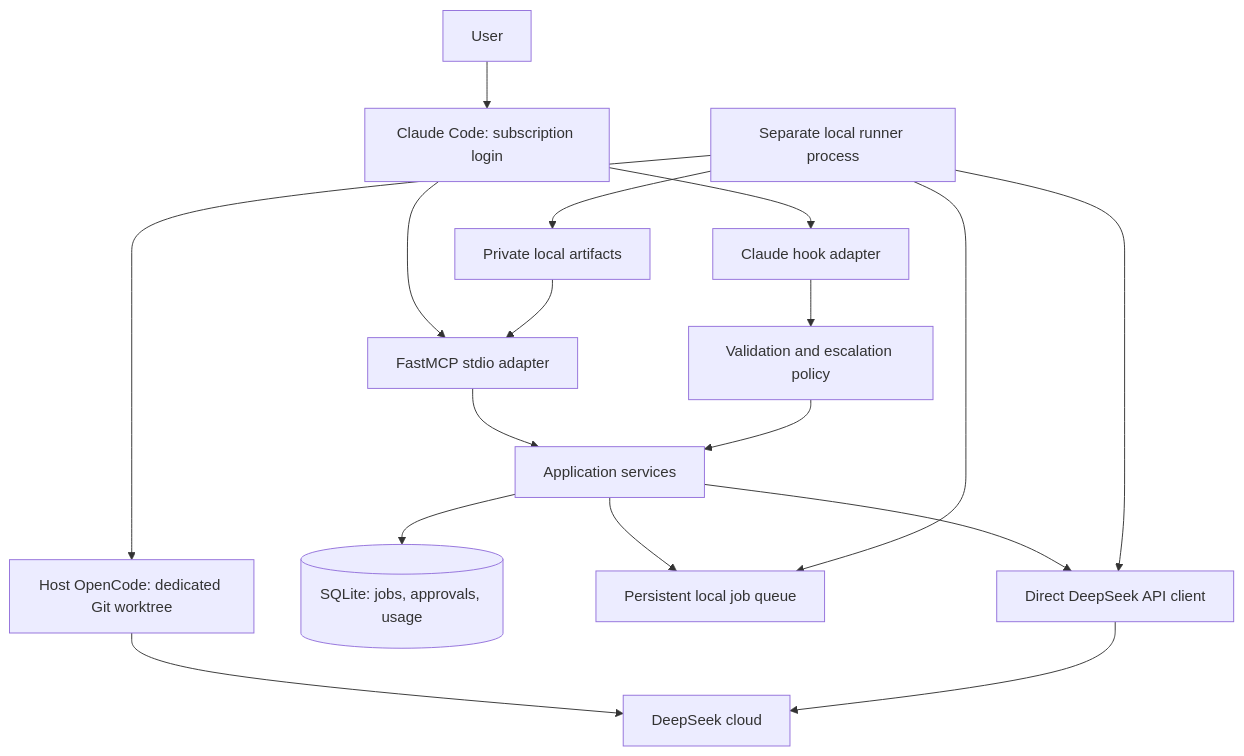
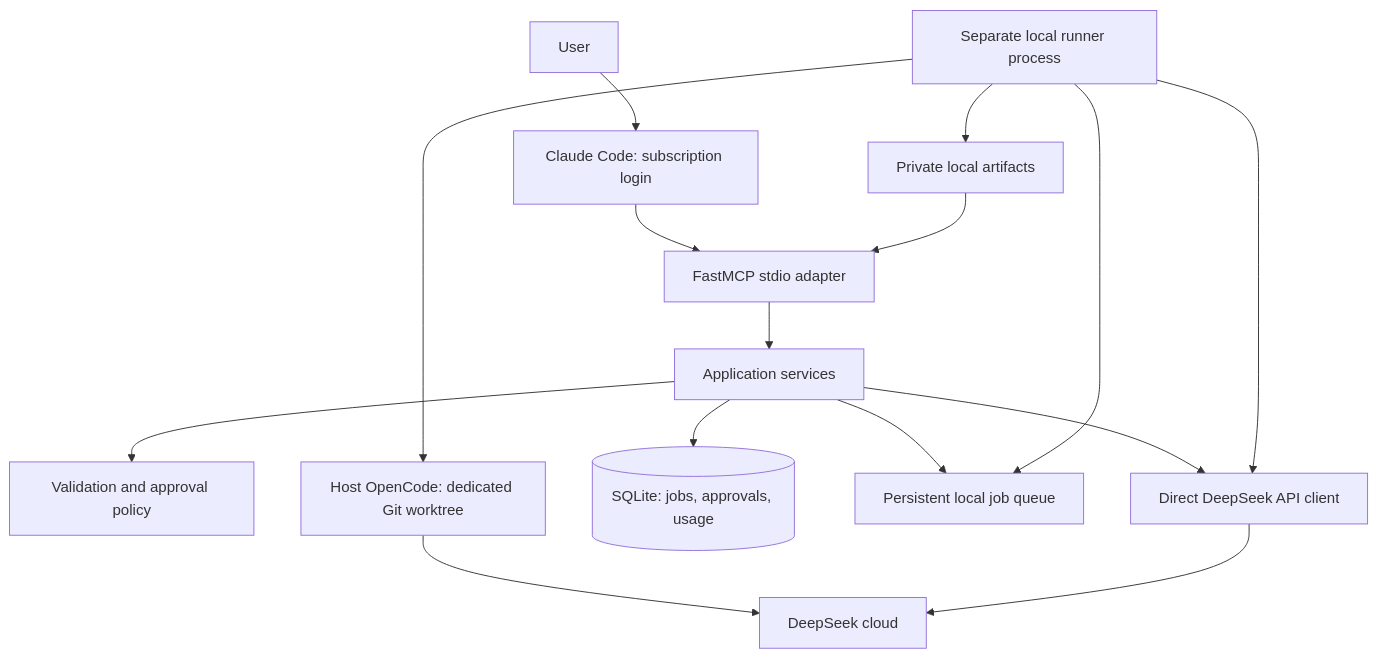
The diagram in docs/architecture.md (bfarkas/deepseek-bridge), drawn with Mermaid before and after one commit. The commit also changed other lines of this file and 38 other files, not shown here.

````diff
--- a/docs/architecture.md
+++ b/docs/architecture.md
@@ -15,19 +15,17 @@
 ```mermaid
 flowchart TD
     User[User] --> Claude[Claude Code: subscription login]
     Claude --> MCP[FastMCP stdio adapter]
-    Claude --> Hook[Claude hook adapter]
-    Hook --> Policy[Validation and escalation policy]
     MCP --> Core[Application services]
-    Policy --> Core
+    Core --> Policy[Validation and approval policy]
     Core --> API[Direct DeepSeek API client]
     Core --> DB[(SQLite: jobs, approvals, usage)]
     Core --> Queue[Persistent local job queue]
     Runner[Separate local runner process] --> Queue
     Runner --> API
     Runner --> Worker[Host OpenCode: dedicated Git worktree]
     Worker --> DeepSeek[DeepSeek cloud]
     API --> DeepSeek
     Runner --> Artifacts[Private local artifacts]
     Artifacts --> MCP
 ```
````
